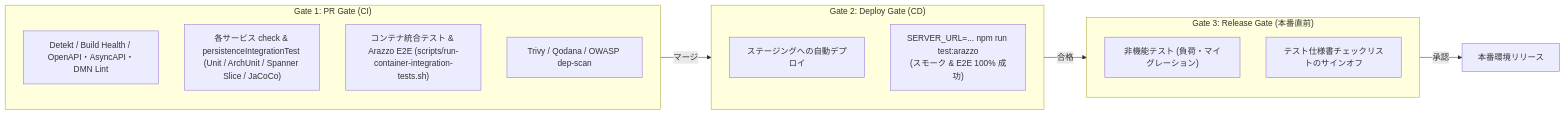
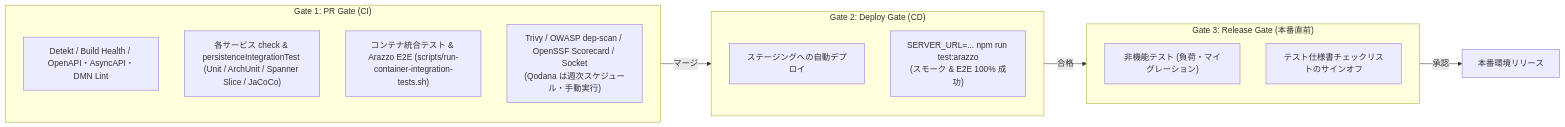
The third of 3 diagrams in docs/testing/test-strategy.md (tom009924/sandbox), drawn with Mermaid before and after one commit. The commit also changed 5 other files, not shown here.

````diff
--- a/docs/testing/test-strategy.md
+++ b/docs/testing/test-strategy.md
@@ -114,23 +114,23 @@
 ```mermaid
 flowchart LR
     subgraph Gate1["Gate 1: PR Gate (CI)"]
         G1_1["Detekt / Build Health / OpenAPI・AsyncAPI・DMN Lint"]
         G1_2["各サービス check & persistenceIntegrationTest (Unit / ArchUnit / Spanner Slice / JaCoCo)"]
         G1_3["コンテナ統合テスト & Arazzo E2E (scripts/run-container-integration-tests.sh)"]
-        G1_4["Trivy / Qodana / OWASP dep-scan"]
+        G1_4["Trivy / OWASP dep-scan / OpenSSF Scorecard / Socket\n(Qodana は週次スケジュール・手動実行)"]
     end
 
     subgraph Gate2["Gate 2: Deploy Gate (CD)"]
         G2_1["ステージングへの自動デプロイ"]
         G2_2["SERVER_URL=... npm run test:arazzo\n(スモーク & E2E 100% 成功)"]
     end
 
     subgraph Gate3["Gate 3: Release Gate (本番直前)"]
         G3_1["非機能テスト (負荷・マイグレーション)"]
         G3_2["テスト仕様書チェックリストのサインオフ"]
     end
 
     Gate1 -->|マージ| Gate2
     Gate2 -->|合格| Gate3
     Gate3 -->|承認| Production["本番環境リリース"]
 ```
````
